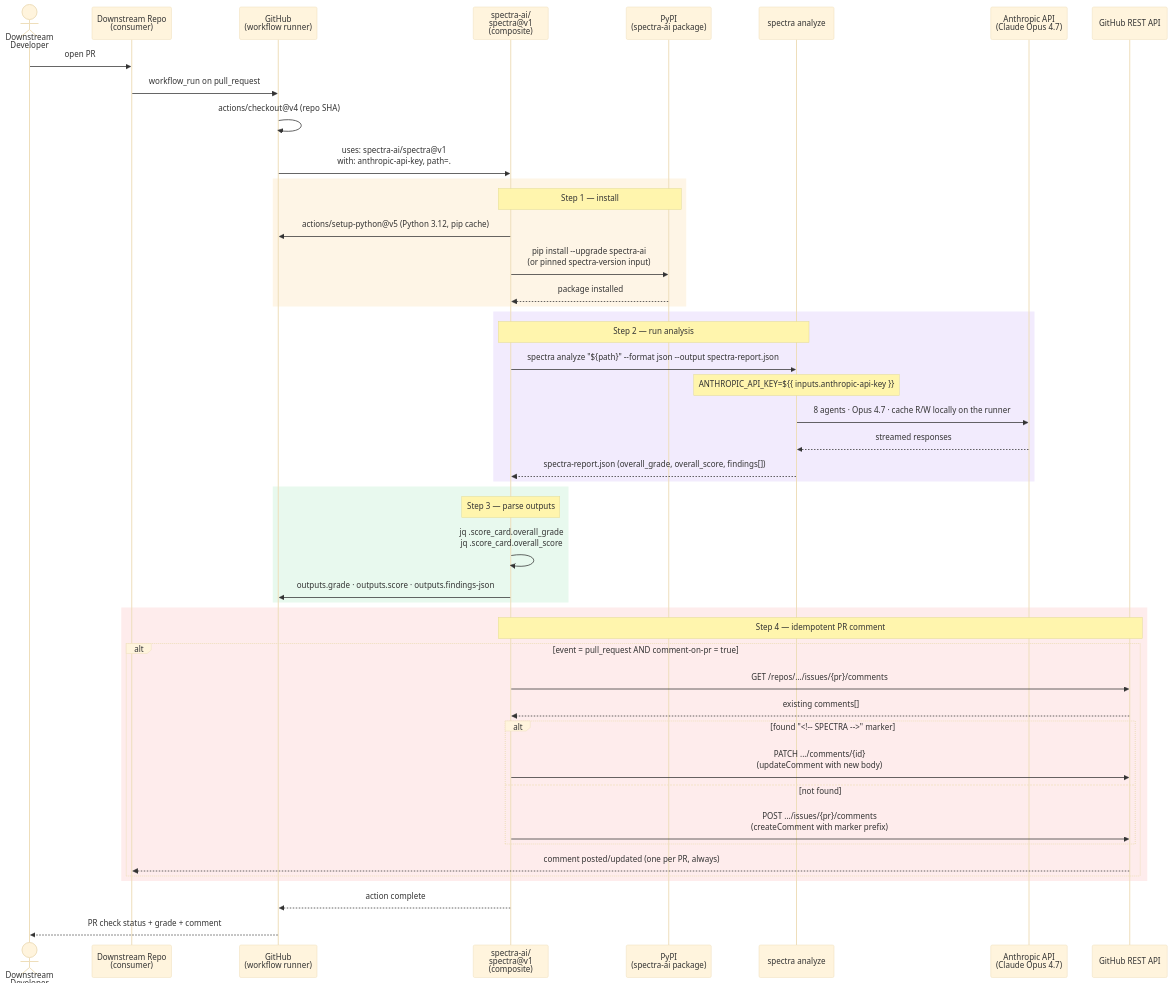
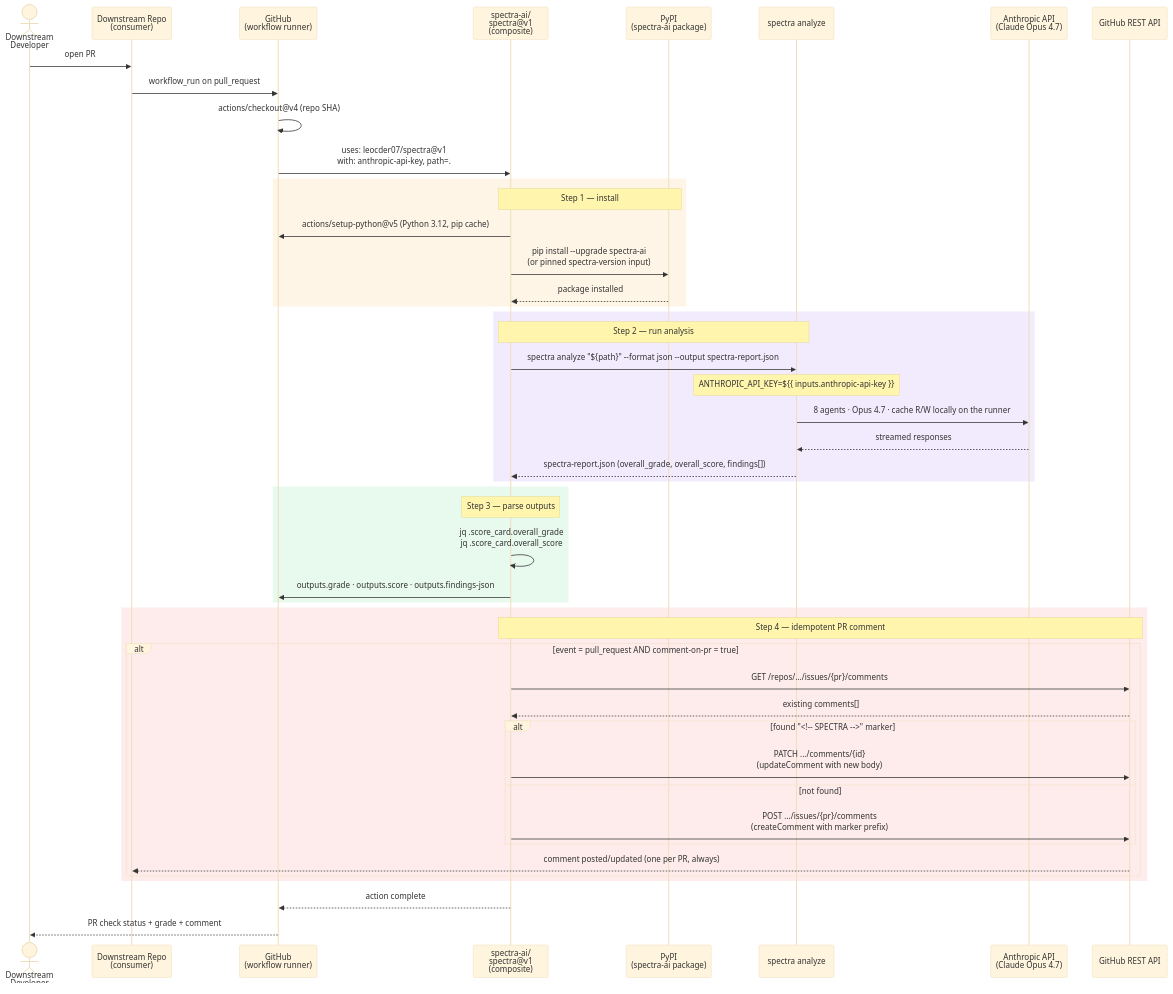
One commit to leocder07/spectra changed the first of 3 diagrams in docs/diagrams/github-action-flow.md. Above: the diagram before and after it, drawn with Mermaid (base theme). The commit also changed other lines of this file and 61 other files, not shown here.

````diff
--- a/docs/diagrams/github-action-flow.md
+++ b/docs/diagrams/github-action-flow.md
@@ -7,55 +7,55 @@
 ```mermaid
 sequenceDiagram
     actor Dev as Downstream<br/>Developer
     participant Repo as Downstream Repo<br/>(consumer)
     participant GH as GitHub<br/>(workflow runner)
     participant Action as spectra-ai/<br/>spectra@v1<br/>(composite)
     participant PyPI as PyPI<br/>(spectra-ai package)
     participant CLI as spectra analyze
     participant Anth as Anthropic API<br/>(Claude Opus 4.7)
     participant API as GitHub REST API
 
     Dev->>Repo: open PR
     Repo->>GH: workflow_run on pull_request
     GH->>GH: actions/checkout@v4 (repo SHA)
-    GH->>Action: uses: spectra-ai/spectra@v1<br/>with: anthropic-api-key, path=.
+    GH->>Action: uses: leocder07/spectra@v1<br/>with: anthropic-api-key, path=.
 
     rect rgb(245, 158, 11, 0.1)
         Note over Action,PyPI: Step 1 — install
         Action->>GH: actions/setup-python@v5 (Python 3.12, pip cache)
         Action->>PyPI: pip install --upgrade spectra-ai<br/>(or pinned spectra-version input)
         PyPI-->>Action: package installed
     end
 
     rect rgb(124, 58, 237, 0.1)
         Note over Action,CLI: Step 2 — run analysis
         Action->>CLI: spectra analyze "${path}" --format json --output spectra-report.json
         Note over CLI: ANTHROPIC_API_KEY=${{ inputs.anthropic-api-key }}
         CLI->>Anth: 8 agents · Opus 4.7 · cache R/W locally on the runner
         Anth-->>CLI: streamed responses
         CLI-->>Action: spectra-report.json (overall_grade, overall_score, findings[])
     end
 
     rect rgb(34, 197, 94, 0.1)
         Note over Action: Step 3 — parse outputs
         Action->>Action: jq .score_card.overall_grade<br/>jq .score_card.overall_score
         Action->>GH: outputs.grade · outputs.score · outputs.findings-json
     end
 
     rect rgb(239, 68, 68, 0.1)
         Note over Action,API: Step 4 — idempotent PR comment
         alt event = pull_request AND comment-on-pr = true
             Action->>API: GET /repos/.../issues/{pr}/comments
             API-->>Action: existing comments[]
             alt found "<!-- SPECTRA -->" marker
                 Action->>API: PATCH .../comments/{id}<br/>(updateComment with new body)
             else not found
                 Action->>API: POST .../issues/{pr}/comments<br/>(createComment with marker prefix)
             end
             API-->>Repo: comment posted/updated (one per PR, always)
         end
     end
 
     Action-->>GH: action complete
     GH-->>Dev: PR check status + grade + comment
 ```
````
